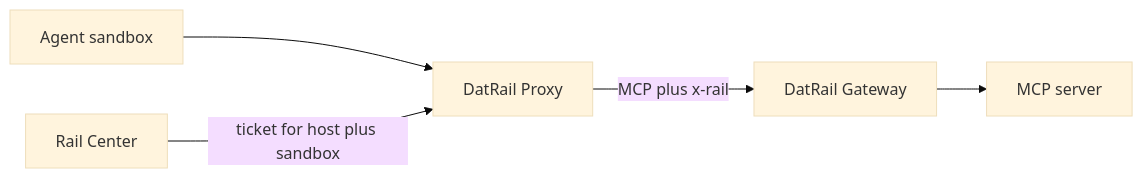
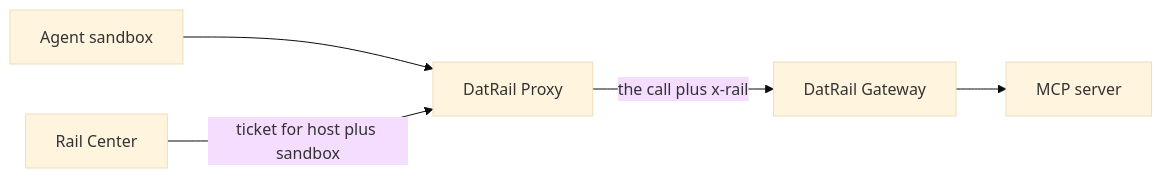
The diagram in README.md (datrail/proxy), drawn with Mermaid (base theme) before and after one commit. The commit also changed other lines of this file and 9 other files, not shown here.

````diff
--- a/README.md
+++ b/README.md
@@ -33,7 +33,7 @@
 ```mermaid
 flowchart LR
-  agent[Agent sandbox] --> proxy[DatRail Proxy]
-  center[Rail Center] -->|ticket for host plus sandbox| proxy
-  proxy -->|MCP plus x-rail| gateway[DatRail Gateway]
-  gateway --> server[MCP server]
+  agent["Agent sandbox"] --> proxy["DatRail Proxy"]
+  center["Rail Center"] -->|"ticket for host plus sandbox"| proxy
+  proxy -->|"the call plus x-rail"| gateway["DatRail Gateway"]
+  gateway --> server["MCP server"]
 ```
````
